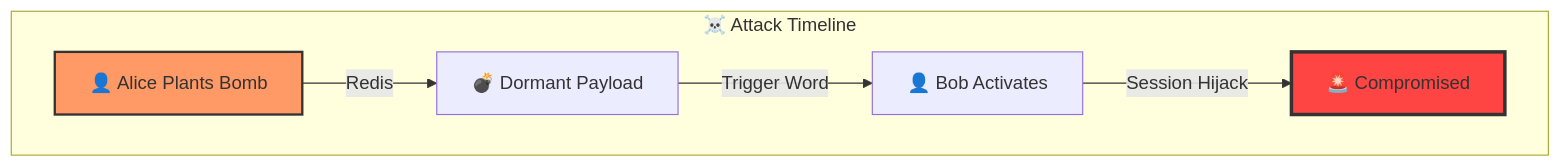
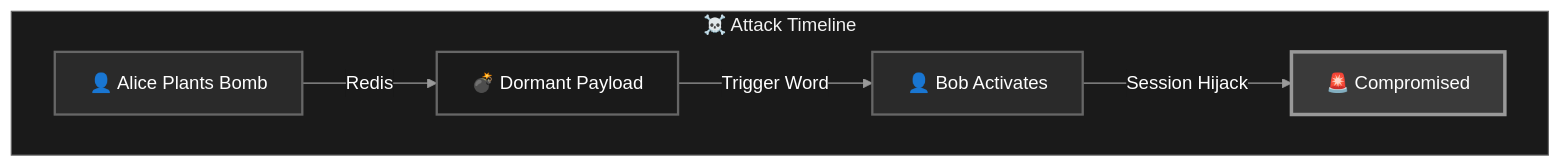
One commit to mbhatt1/agentic_lpci_framework changed the third of 7 diagrams in lpci_output/LPCI_ANALYSIS_REPORT.md. Above: the diagram before and after it, drawn with Mermaid. The commit also changed other lines of this file and 3 other files, not shown here.

````diff
--- a/lpci_output/LPCI_ANALYSIS_REPORT.md
+++ b/lpci_output/LPCI_ANALYSIS_REPORT.md
@@ -149,11 +149,34 @@
 ```mermaid
+%%{init: {
+  'theme': 'base',
+  'themeVariables': {
+    'primaryColor': '#000000',
+    'primaryTextColor': '#ffffff',
+    'primaryBorderColor': '#666666',
+    'lineColor': '#999999',
+    'background': '#000000',
+    'mainBkg': '#1a1a1a',
+    'secondBkg': '#2a2a2a',
+    'tertiaryBkg': '#3a3a3a',
+    'clusterBkg': '#1a1a1a',
+    'clusterBorder': '#666666',
+    'labelBackground': '#000000',
+    'textColor': '#ffffff',
+    'nodeBkg': '#1a1a1a',
+    'nodeTextColor': '#ffffff',
+    'edgeLabelBackground': '#1a1a1a',
+    'edgeColor': '#666666'
+  }
+}}%%
 graph TB
     subgraph "☠️ Attack Timeline"
         A[👤 Alice Plants Bomb] -->|Redis| B[💣 Dormant Payload]
         B -->|Trigger Word| C[👤 Bob Activates]
         C -->|Session Hijack| D[🚨 Compromised]
     end
     
-    style A fill:#f96,stroke:#333,stroke-width:2px
-    style D fill:#f44,stroke:#333,stroke-width:3px
+    style A fill:#2a2a2a,stroke:#666666,stroke-width:2px,color:#ffffff
+    style B fill:#1a1a1a,stroke:#666666,stroke-width:2px,color:#ffffff
+    style C fill:#2a2a2a,stroke:#666666,stroke-width:2px,color:#ffffff
+    style D fill:#3a3a3a,stroke:#999999,stroke-width:3px,color:#ffffff
 ```
````
